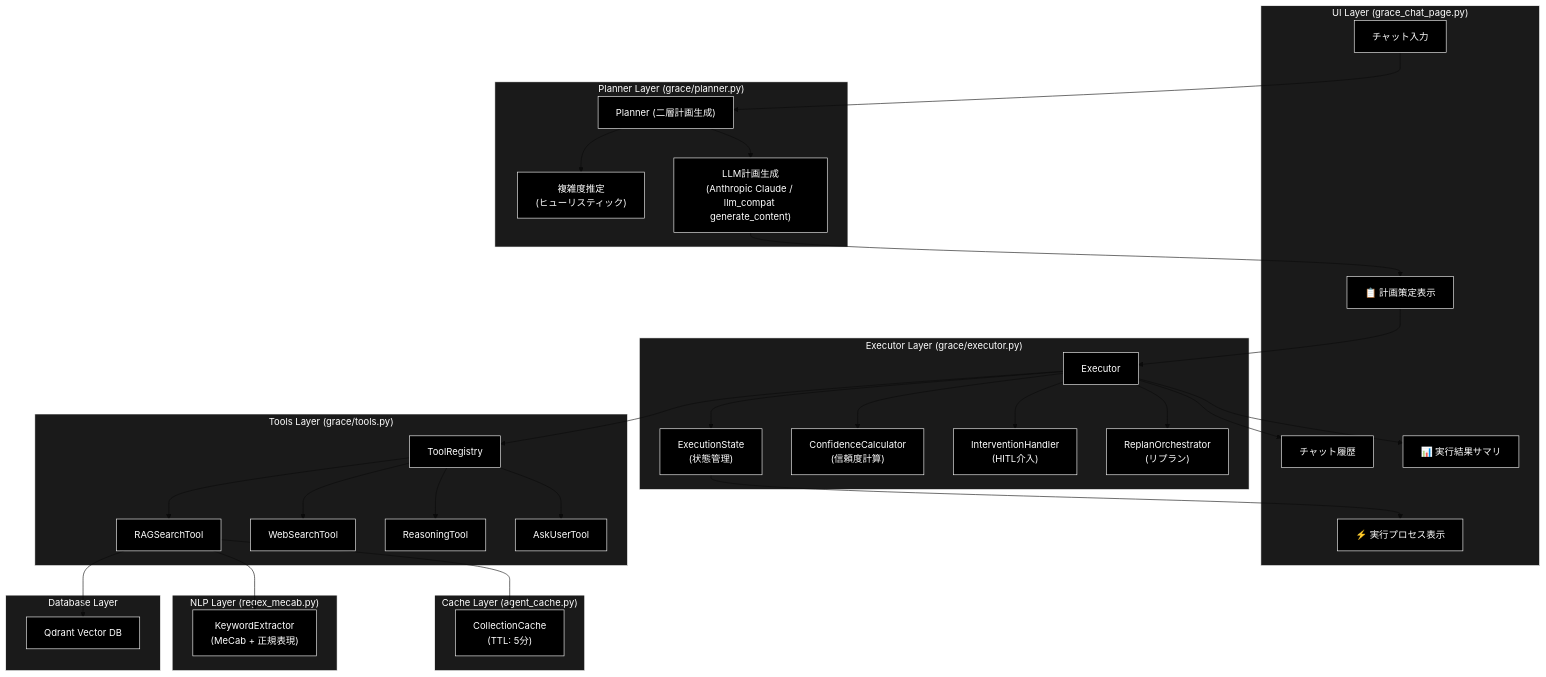
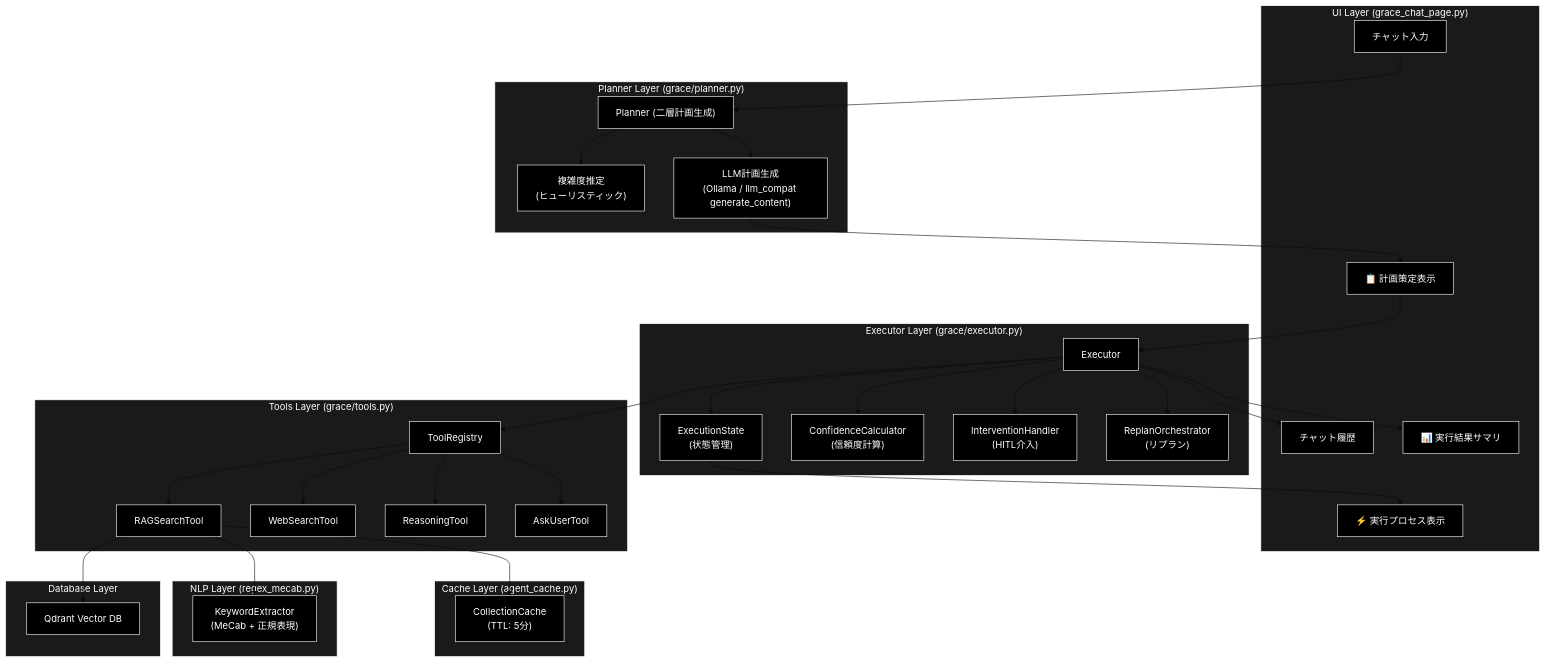
Before and after one commit to nakashima2toshio/ollama_grace_agent_v2: the first of 13 diagrams in readme_autonomous_agent.md, drawn with Mermaid (base theme). The commit also changed other lines of this file and 5 other files, not shown here.

First line of the commit message:
docs(readme): Ollama ネイティブ化（README*.md の Anthropic/Gemini/OpenAI 表記を統一）

````diff
--- a/readme_autonomous_agent.md
+++ b/readme_autonomous_agent.md
@@ -76,75 +76,75 @@
 ```mermaid
 flowchart TB
     subgraph UI["UI Layer (grace_chat_page.py)"]
         ChatInput["チャット入力"]
         ChatHistory["チャット履歴"]
         PlanView["📋 計画策定表示"]
         ExecView["⚡ 実行プロセス表示"]
         ResultView["📊 実行結果サマリ"]
     end
 
     subgraph Planner_Layer["Planner Layer (grace/planner.py)"]
         Planner["Planner (二層計画生成)"]
         ComplexityEstimator["複雑度推定<br/>(ヒューリスティック)"]
-        PlanGeneration["LLM計画生成<br/>(Anthropic Claude / llm_compat generate_content)"]
+        PlanGeneration["LLM計画生成<br/>(Ollama / llm_compat generate_content)"]
     end
 
     subgraph Executor_Layer["Executor Layer (grace/executor.py)"]
         Executor["Executor"]
         StateManager["ExecutionState<br/>(状態管理)"]
         ConfCalc["ConfidenceCalculator<br/>(信頼度計算)"]
         IntHandler["InterventionHandler<br/>(HITL介入)"]
         ReplanOrch["ReplanOrchestrator<br/>(リプラン)"]
     end
 
     subgraph Tools["Tools Layer (grace/tools.py)"]
         ToolRegistry["ToolRegistry"]
         RAGSearch["RAGSearchTool"]
         WebSearch["WebSearchTool"]
         Reasoning["ReasoningTool"]
         AskUser["AskUserTool"]
     end
 
     subgraph Cache["Cache Layer (agent_cache.py)"]
         CollectionCache["CollectionCache<br/>(TTL: 5分)"]
     end
 
     subgraph NLP["NLP Layer (regex_mecab.py)"]
         KeywordExtractor["KeywordExtractor<br/>(MeCab + 正規表現)"]
     end
 
     subgraph DB["Database Layer"]
         Qdrant["Qdrant Vector DB"]
     end
 
     ChatInput --> Planner
     Planner --> ComplexityEstimator
     Planner --> PlanGeneration
     PlanGeneration --> PlanView
     PlanView --> Executor
     Executor --> StateManager
     Executor --> ConfCalc
     Executor --> IntHandler
     Executor --> ReplanOrch
     Executor --> ToolRegistry
     ToolRegistry --> RAGSearch
     ToolRegistry --> WebSearch
     ToolRegistry --> Reasoning
     ToolRegistry --> AskUser
     RAGSearch --> CollectionCache
     RAGSearch --> Qdrant
     RAGSearch --> KeywordExtractor
     StateManager --> ExecView
     Executor --> ResultView
     Executor --> ChatHistory
 classDef default fill:#000,stroke:#fff,color:#fff
 classDef subgraphStyle fill:#1a1a1a,stroke:#fff,color:#fff
 class AskUser,ChatHistory,ChatInput,CollectionCache,ComplexityEstimator,ConfCalc,DB,ExecView,Executor,IntHandler,KeywordExtractor,PlanGeneration,PlanView,Planner,Qdrant,RAGSearch,Reasoning,ReplanOrch,ResultView,StateManager,ToolRegistry,WebSearch default
 style UI fill:#1a1a1a,stroke:#fff,color:#fff
 style Planner_Layer fill:#1a1a1a,stroke:#fff,color:#fff
 style Executor_Layer fill:#1a1a1a,stroke:#fff,color:#fff
 style Tools fill:#1a1a1a,stroke:#fff,color:#fff
 style Cache fill:#1a1a1a,stroke:#fff,color:#fff
 style NLP fill:#1a1a1a,stroke:#fff,color:#fff
 style DB fill:#1a1a1a,stroke:#fff,color:#fff
 ```
````
